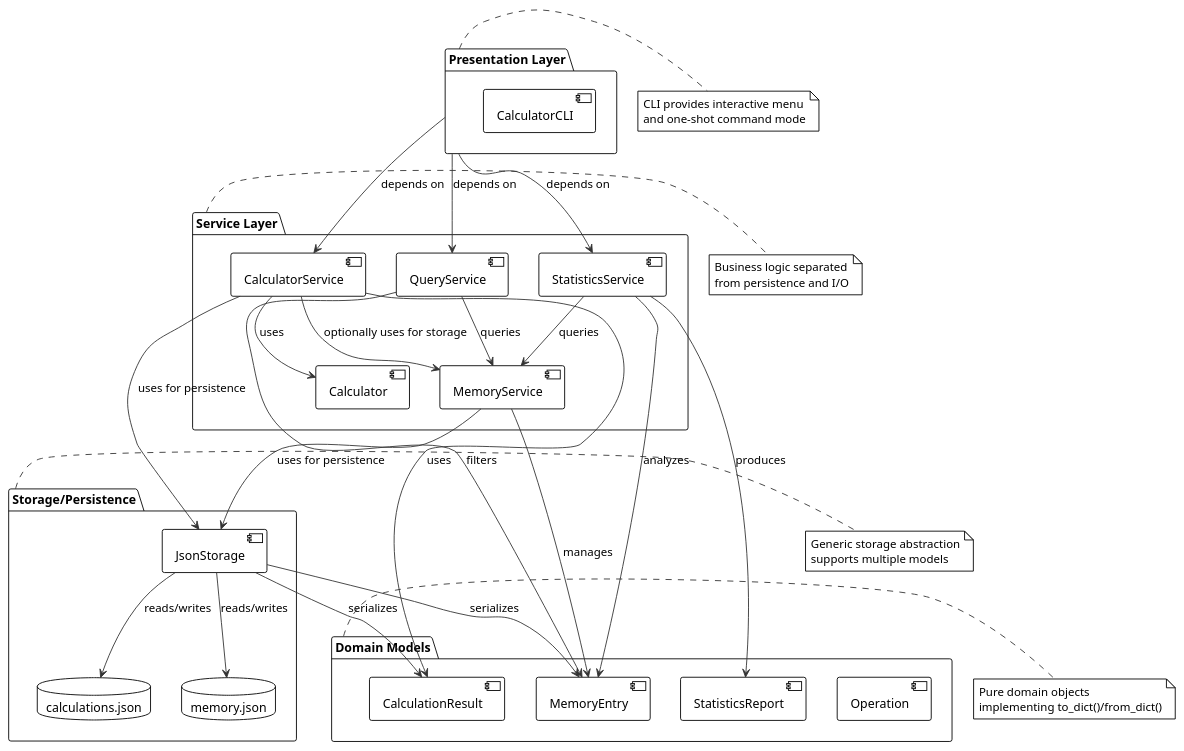
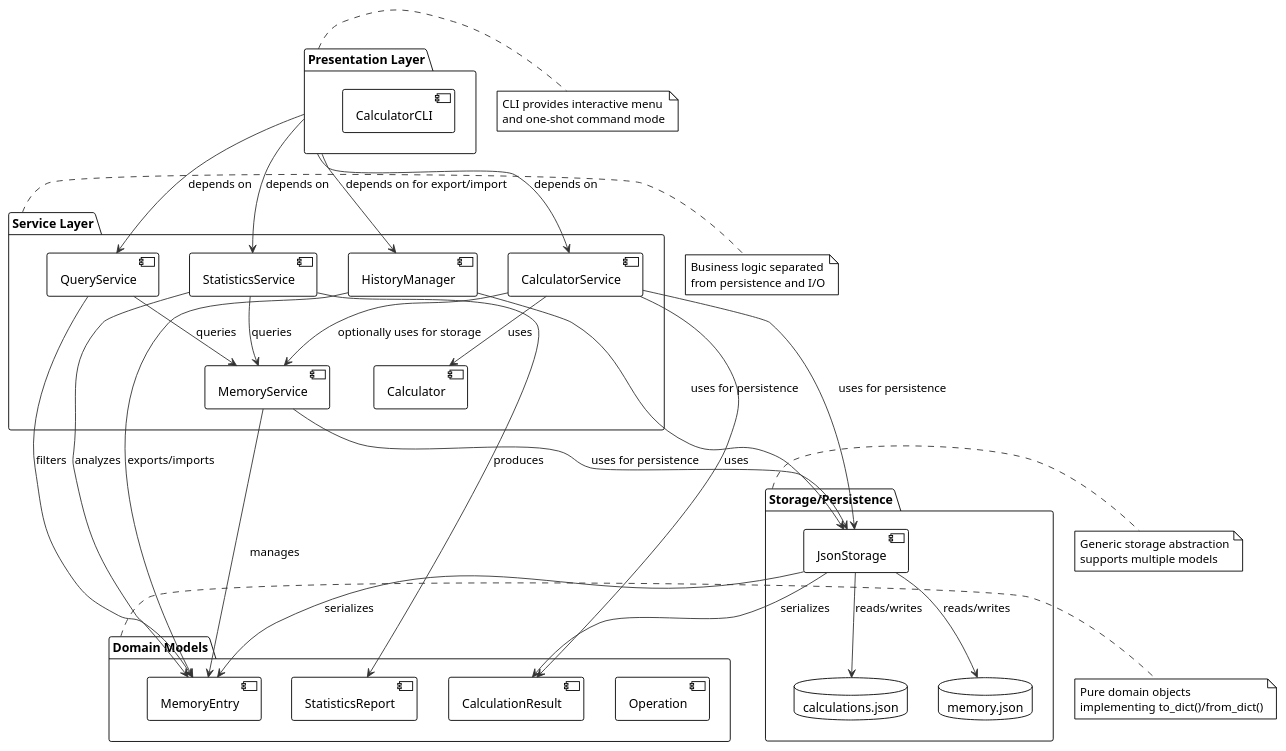
Before and after one commit to DanielRiha8906/Software_autoevolution_using_agents: the diagram in experiments/broadcast/structured_text/calculator/artifacts/architecture_diagram.puml, drawn with PlantUML. The commit also changed 1 other file, not shown here.

Commit message:
Update component and architecture diagrams to include HistoryManager
Task 07 implementation:
- Add HistoryManager component to Service Layer in both diagrams
- Update CLI dependencies to show export/import via HistoryManager
- Update Service Layer dependencies to show HistoryManager exports/imports via JsonStorage
- Add HistoryManager dependency relationship in architecture diagram

```diff
--- a/experiments/broadcast/structured_text/calculator/artifacts/architecture_diagram.puml
+++ b/experiments/broadcast/structured_text/calculator/artifacts/architecture_diagram.puml
@@ -1,78 +1,83 @@
 @startuml
 !theme plain
 skinparam boxBackgroundColor #FAFAFA
 skinparam boxBorderColor #333333
 skinparam arrowColor #333333
 skinparam fontName Courier
 
 package "Presentation Layer" as Presentation {
   component "CalculatorCLI"
 }
 
 package "Service Layer" as Services {
   component "CalculatorService"
   component "MemoryService"
+  component "HistoryManager"
   component "QueryService"
   component "StatisticsService"
   component "Calculator"
 }
 
 package "Domain Models" as Models {
   component "Operation"
   component "CalculationResult"
   component "MemoryEntry"
   component "StatisticsReport"
 }
 
 package "Storage/Persistence" as Persistence {
   component "JsonStorage"
   database "calculations.json"
   database "memory.json"
 }
 
 ' Dependencies
 Presentation --> CalculatorService: depends on
 Presentation --> QueryService: depends on
 Presentation --> StatisticsService: depends on
+Presentation --> HistoryManager: depends on for export/import
 
 CalculatorService --> Calculator: uses
 CalculatorService --> CalculationResult: uses
 CalculatorService --> MemoryService: optionally uses for storage
 CalculatorService --> JsonStorage: uses for persistence
 
 MemoryService --> MemoryEntry: manages
 MemoryService --> JsonStorage: uses for persistence
+
+HistoryManager --> MemoryEntry: exports/imports
+HistoryManager --> JsonStorage: uses for persistence
 
 QueryService --> MemoryService: queries
 QueryService --> MemoryEntry: filters
 
 StatisticsService --> MemoryService: queries
 StatisticsService --> MemoryEntry: analyzes
 StatisticsService --> StatisticsReport: produces
 
 JsonStorage --> CalculationResult: serializes
 JsonStorage --> MemoryEntry: serializes
 JsonStorage --> calculations.json: reads/writes
 JsonStorage --> memory.json: reads/writes
 
 note right of Presentation
   CLI provides interactive menu
   and one-shot command mode
 end note
 
 note right of Services
   Business logic separated
   from persistence and I/O
 end note
 
 note right of Models
   Pure domain objects
   implementing to_dict()/from_dict()
 end note
 
 note right of Persistence
   Generic storage abstraction
   supports multiple models
 end note
 
 @enduml
```
